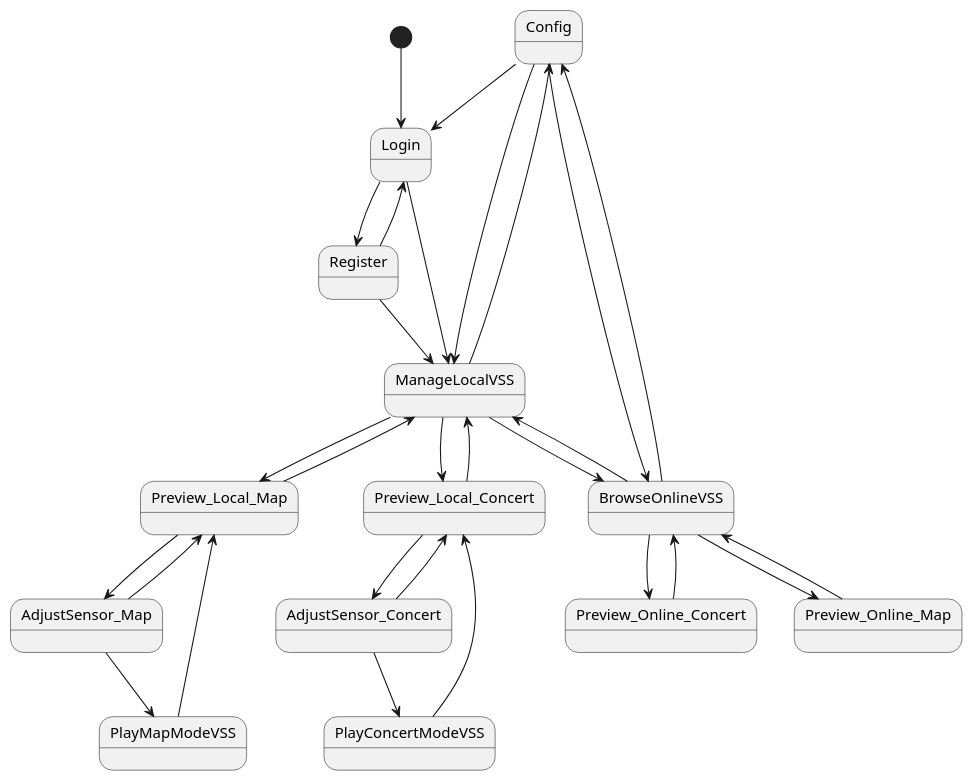
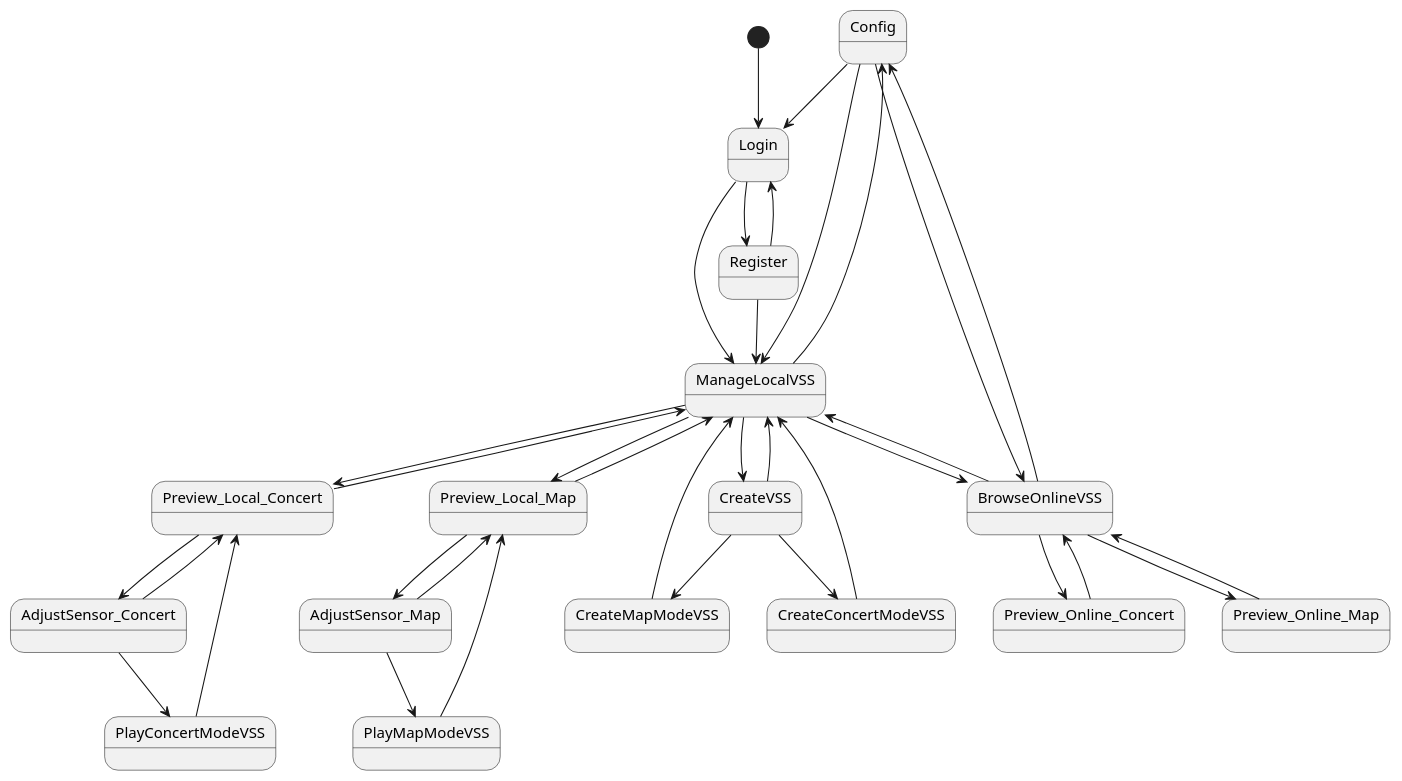
The second of 2 diagrams in 需求定义和分析/软件需求规约.md (kpp19920121/doc), drawn with PlantUML before and after one commit. The commit also changed other lines of this file and 2 other files, not shown here.

````diff
--- a/需求定义和分析/软件需求规约.md
+++ b/需求定义和分析/软件需求规约.md
@@ -717,36 +681,41 @@
 ```PlantUML
 @startuml
 Config --> Login
 
 [*] --> Login
 Login --> Register
 Register --> Login
 Register --> ManageLocalVSS
 Login --> ManageLocalVSS
 ManageLocalVSS --> Preview_Local_Map
 ManageLocalVSS --> Preview_Local_Concert
 Preview_Local_Map --> ManageLocalVSS
 Preview_Local_Concert --> ManageLocalVSS
 Preview_Local_Map --> AdjustSensor_Map
 Preview_Local_Concert --> AdjustSensor_Concert
 AdjustSensor_Map --> Preview_Local_Map
 AdjustSensor_Concert --> Preview_Local_Concert
 AdjustSensor_Map --> PlayMapModeVSS
 AdjustSensor_Concert --> PlayConcertModeVSS
 PlayMapModeVSS --> Preview_Local_Map
 PlayConcertModeVSS --> Preview_Local_Concert
 ManageLocalVSS --> BrowseOnlineVSS
 BrowseOnlineVSS --> ManageLocalVSS
 BrowseOnlineVSS --> Config
 Config --> BrowseOnlineVSS
 ManageLocalVSS --> Config
 Config --> ManageLocalVSS
 BrowseOnlineVSS --> Preview_Online_Concert
 Preview_Online_Concert --> BrowseOnlineVSS
 BrowseOnlineVSS --> Preview_Online_Map
 Preview_Online_Map --> BrowseOnlineVSS
-
+ManageLocalVSS --> CreateVSS
+CreateVSS --> ManageLocalVSS
+CreateVSS --> CreateMapModeVSS
+CreateMapModeVSS --> ManageLocalVSS
+CreateVSS --> CreateConcertModeVSS
+CreateConcertModeVSS --> ManageLocalVSS
 
 
 @enduml
 ```
````
